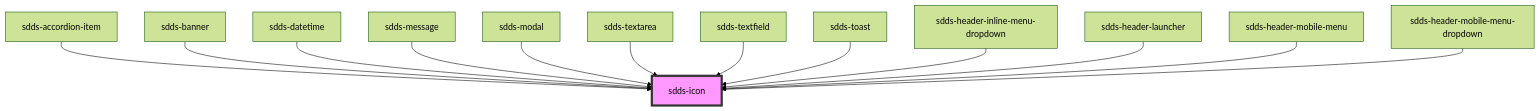
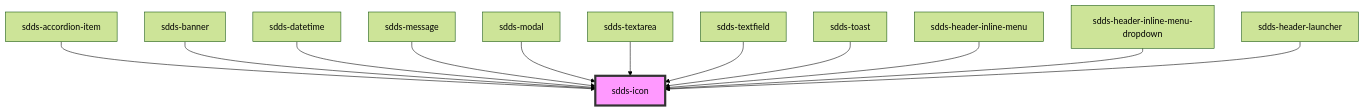
One commit to scania-digital-design-system/sdds changed the diagram in tegel/src/components/icon/readme.md. Above: the diagram before and after it, drawn with Mermaid (forest theme). The commit also changed other lines of this file and 18 other files, not shown here.

Commit message:
feat(header): refactored mobile menu

````diff
--- a/tegel/src/components/icon/readme.md
+++ b/tegel/src/components/icon/readme.md
@@ -34,16 +33,15 @@
 ```mermaid
 graph TD;
   sdds-accordion-item --> sdds-icon
   sdds-banner --> sdds-icon
   sdds-datetime --> sdds-icon
   sdds-message --> sdds-icon
   sdds-modal --> sdds-icon
   sdds-textarea --> sdds-icon
   sdds-textfield --> sdds-icon
   sdds-toast --> sdds-icon
+  sdds-header-inline-menu --> sdds-icon
   sdds-header-inline-menu-dropdown --> sdds-icon
   sdds-header-launcher --> sdds-icon
-  sdds-header-mobile-menu --> sdds-icon
-  sdds-header-mobile-menu-dropdown --> sdds-icon
   style sdds-icon fill:#f9f,stroke:#333,stroke-width:4px
 ```
````
